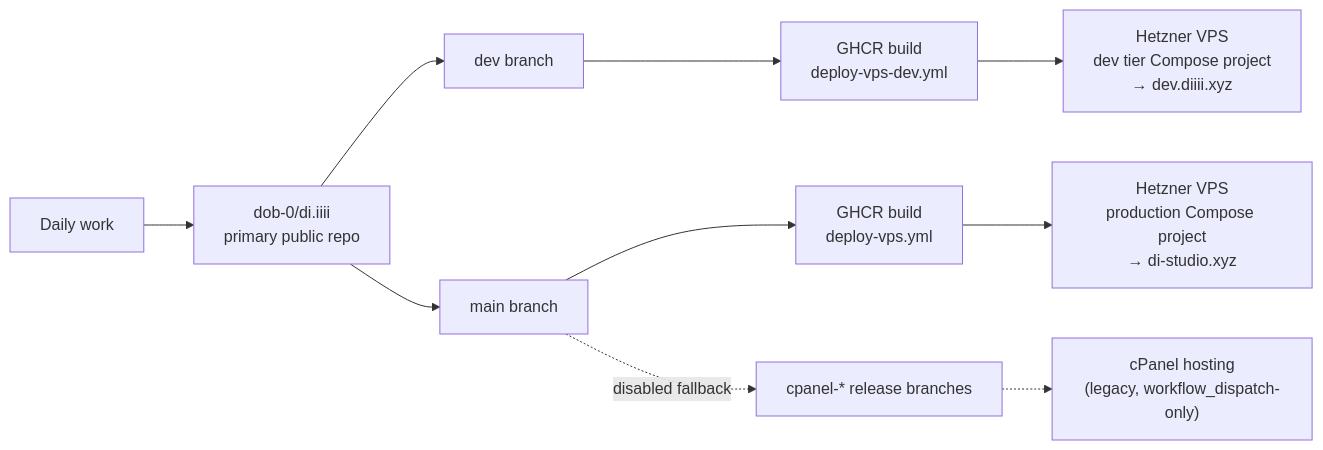
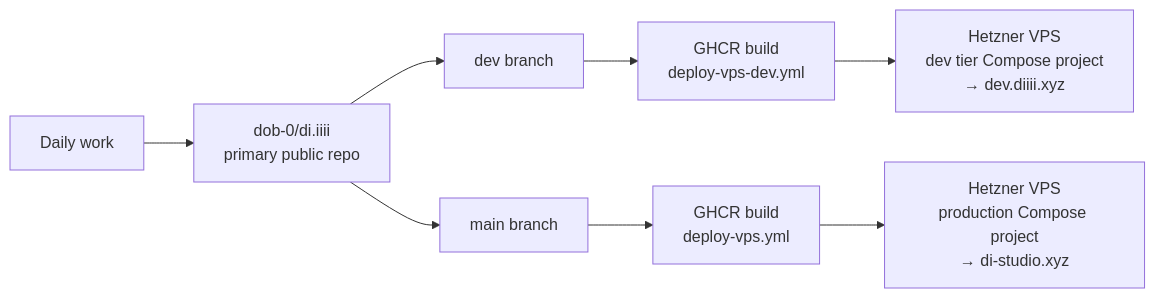
The diagram in README.md (dob-0/di.iiii), drawn with Mermaid before and after one commit. The commit also changed other lines of this file and 74 other files, not shown here.

````diff
--- a/README.md
+++ b/README.md
@@ -211,12 +212,10 @@
 ```mermaid
 flowchart LR
     work["Daily work"] --> dev["dob-0/di.iiii<br/>primary public repo"]
     dev --> branchDev["dev branch"]
     dev --> branchMain["main branch"]
     branchDev --> ghcrDev["GHCR build<br/>deploy-vps-dev.yml"]
     branchMain --> ghcrProd["GHCR build<br/>deploy-vps.yml"]
     ghcrDev --> vpsDev["Hetzner VPS<br/>dev tier Compose project<br/>→ dev.diiii.xyz"]
     ghcrProd --> vpsProd["Hetzner VPS<br/>production Compose project<br/>→ di-studio.xyz"]
-    branchMain -.disabled fallback.-> release["cpanel-* release branches"]
-    release -.-> hosting["cPanel hosting<br/>(legacy, workflow_dispatch-only)"]
 ```
````
